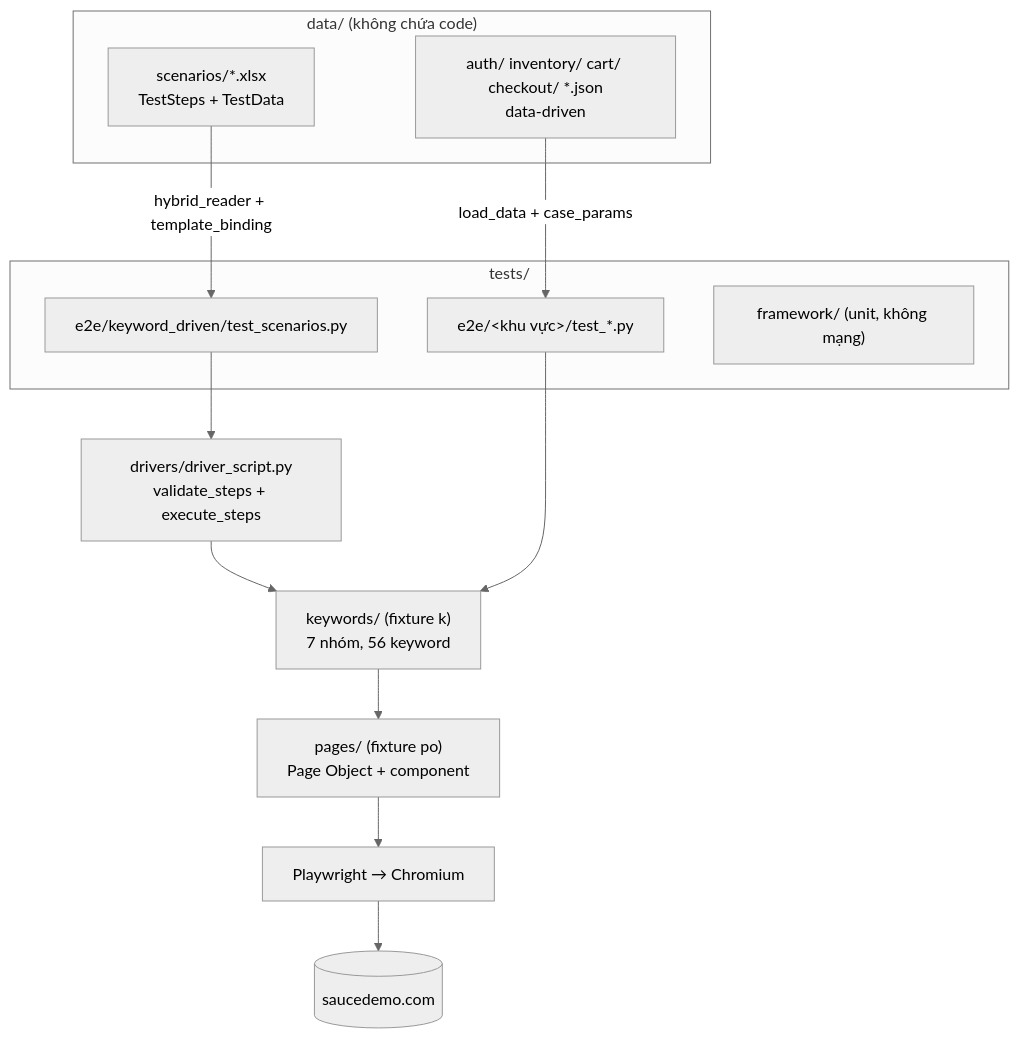
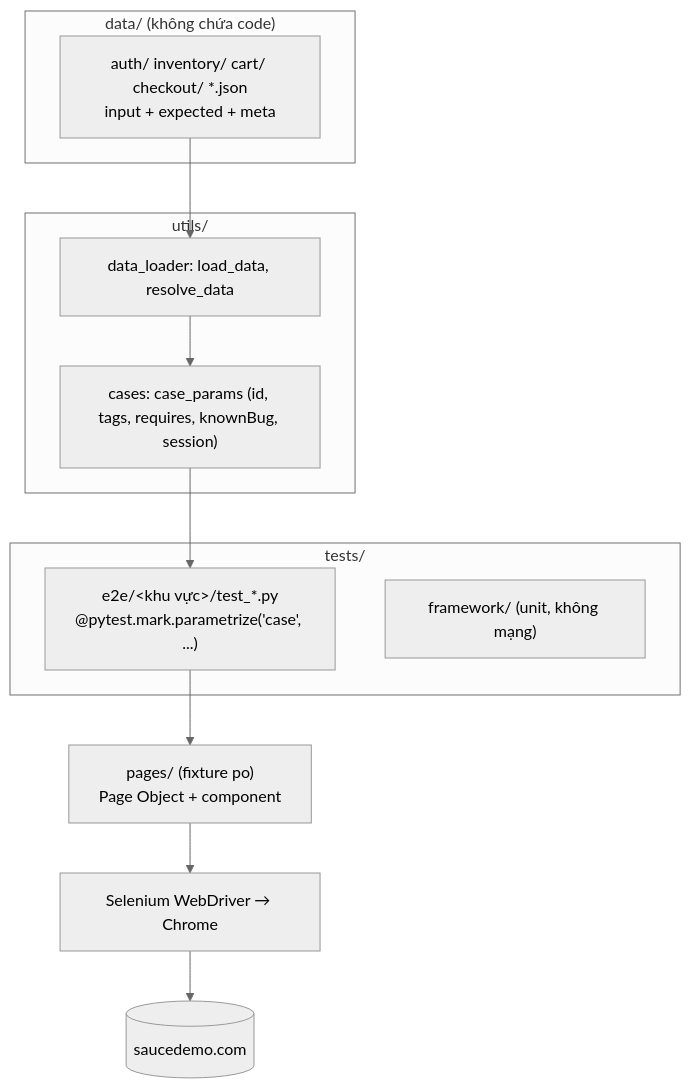
The first of 2 diagrams in ARCHITECTURE.md (Nguyenvan01/saucedemo-e2e), drawn with Mermaid (neutral theme) before and after one commit. The commit also changed other lines of this file and 59 other files, not shown here.

First line of the commit message:
Chuyển sang framework Data-Driven với Selenium cho Swag Labs

````diff
--- a/ARCHITECTURE.md
+++ b/ARCHITECTURE.md
@@ -17,25 +18,23 @@
 ```mermaid
 flowchart TD
     subgraph DATA["data/ (không chứa code)"]
-        JSON["auth/ inventory/ cart/ checkout/ *.json<br/>data-driven"]
-        XLSX["scenarios/*.xlsx<br/>TestSteps + TestData"]
+        JSON["auth/ inventory/ cart/ checkout/ *.json<br/>input + expected + meta"]
+    end
+
+    subgraph UTILS["utils/"]
+        DL["data_loader: load_data, resolve_data"]
+        CS["cases: case_params (id, tags, requires, knownBug, session)"]
     end
 
     subgraph TESTS["tests/"]
-        T["e2e/&lt;khu vực&gt;/test_*.py"]
-        KD["e2e/keyword_driven/test_scenarios.py"]
+        T["e2e/&lt;khu vực&gt;/test_*.py<br/>@pytest.mark.parametrize('case', ...)"]
         FW["framework/ (unit, không mạng)"]
     end
 
-    DRV["drivers/driver_script.py<br/>validate_steps + execute_steps"]
-    KW["keywords/ (fixture k)<br/>7 nhóm, 56 keyword"]
     PO["pages/ (fixture po)<br/>Page Object + component"]
-    PW["Playwright → Chromium"]
+    SE["Selenium WebDriver → Chrome"]
     APP[("saucedemo.com")]
 
-    JSON -->|load_data + case_params| T
-    XLSX -->|hybrid_reader + template_binding| KD
-    KD --> DRV --> KW
-    T --> KW
-    KW --> PO --> PW --> APP
+    JSON --> DL --> CS --> T
+    T --> PO --> SE --> APP
 ```
````
